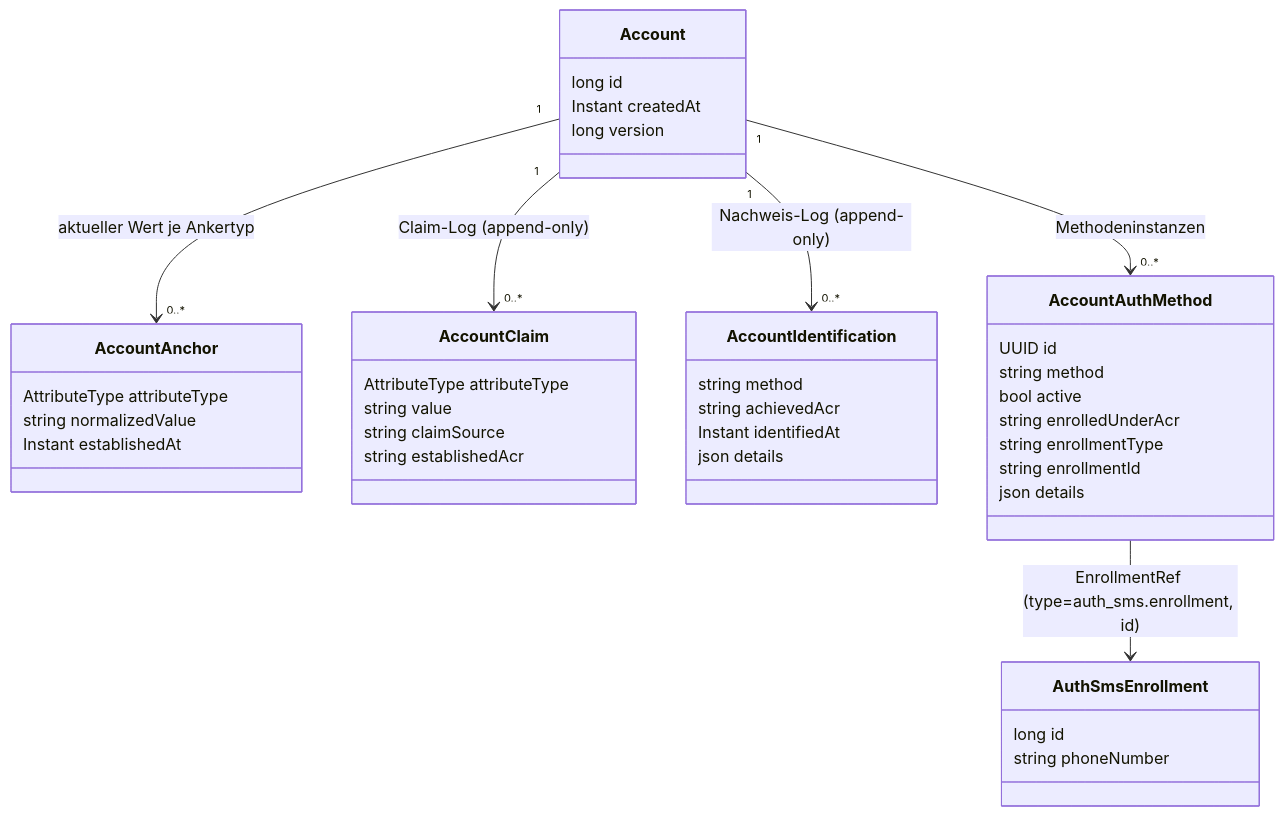
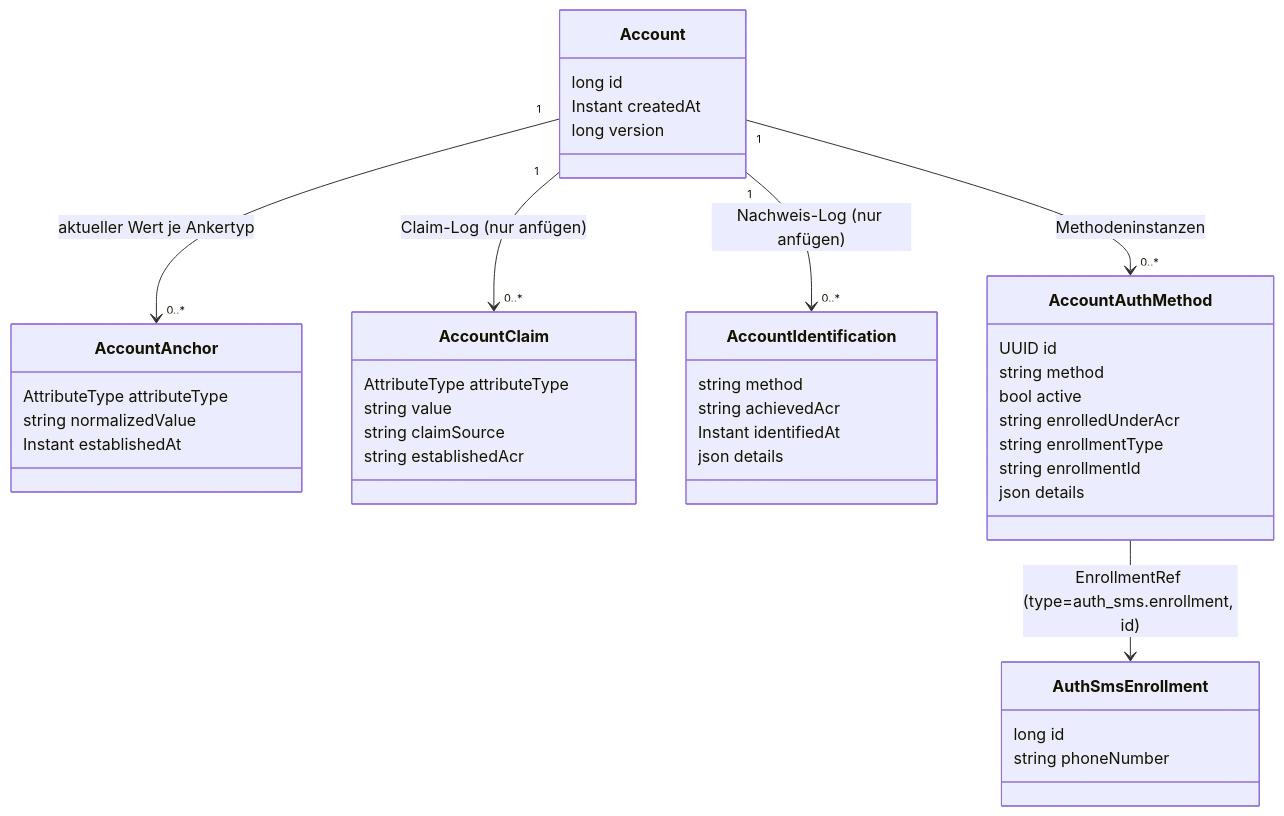
The diagram in docs/06-ablaeufe.md (rpreissel/DPoP-demo), drawn with Mermaid before and after one commit. The commit also changed other lines of this file and 19 other files, not shown here.

````diff
--- a/docs/06-ablaeufe.md
+++ b/docs/06-ablaeufe.md
@@ -11,44 +11,44 @@
 ```mermaid
 classDiagram
   class Account {
     long id
     Instant createdAt
     long version
   }
   class AccountAnchor {
     AttributeType attributeType
     string normalizedValue
     Instant establishedAt
   }
   class AccountClaim {
     AttributeType attributeType
     string value
     string claimSource
     string establishedAcr
   }
   class AccountIdentification {
     string method
     string achievedAcr
     Instant identifiedAt
     json details
   }
   class AccountAuthMethod {
     UUID id
     string method
     bool active
     string enrolledUnderAcr
     string enrollmentType
     string enrollmentId
     json details
   }
   class AuthSmsEnrollment {
     long id
     string phoneNumber
   }
 
   Account "1" --> "0..*" AccountAnchor : aktueller Wert je Ankertyp
-  Account "1" --> "0..*" AccountClaim : Claim-Log (append-only)
-  Account "1" --> "0..*" AccountIdentification : Nachweis-Log (append-only)
+  Account "1" --> "0..*" AccountClaim : Claim-Log (nur anfügen)
+  Account "1" --> "0..*" AccountIdentification : Nachweis-Log (nur anfügen)
   Account "1" --> "0..*" AccountAuthMethod : Methodeninstanzen
   AccountAuthMethod --> AuthSmsEnrollment : EnrollmentRef (type=auth_sms.enrollment, id)
 ```
````
